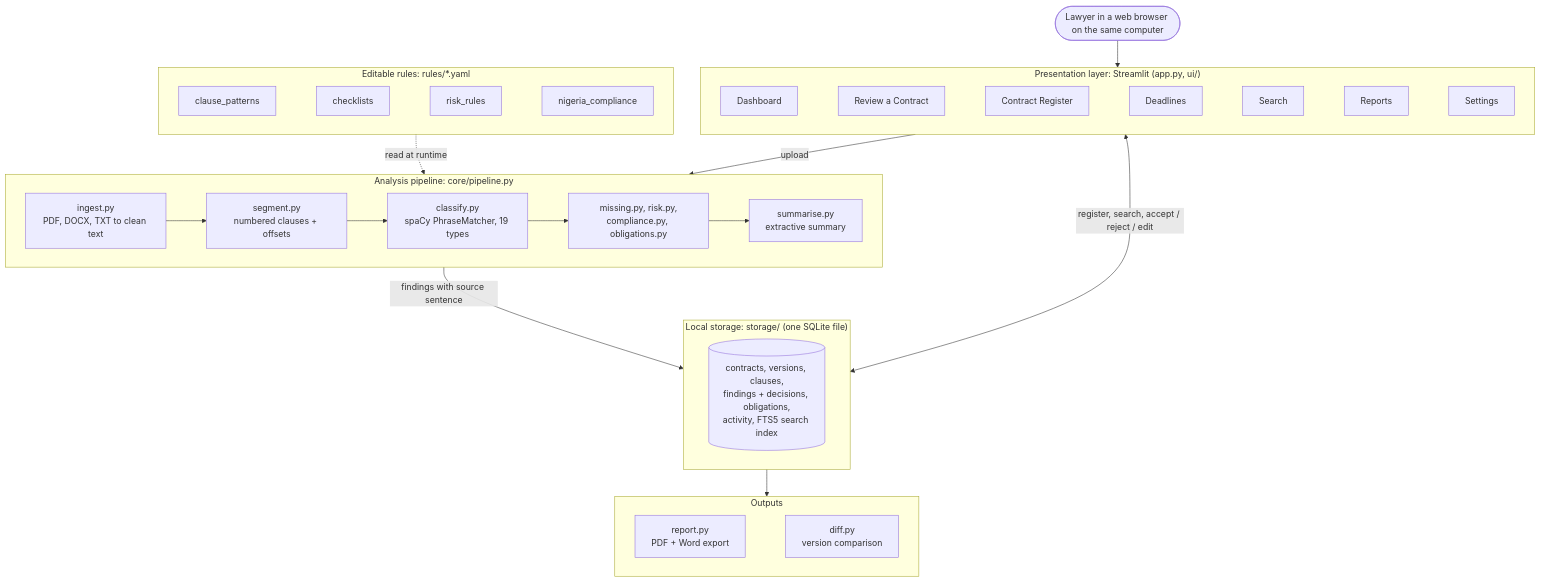
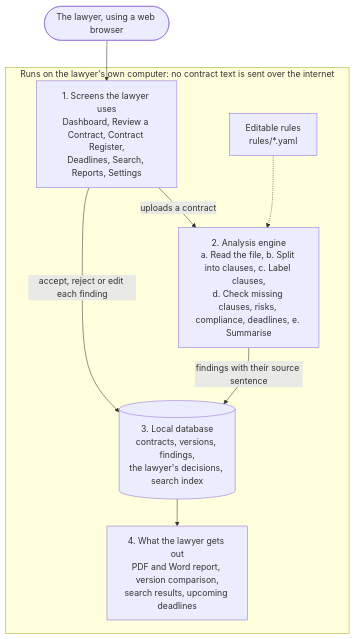
One commit to mtor24/contract-review-ng changed the diagram in report_handoff/handoff.md. Above: the diagram before and after it, drawn with Mermaid. The commit also changed other lines of this file and 3 other files, not shown here.

First line of the commit message:
Redraw architecture diagram for readability

````diff
--- a/report_handoff/handoff.md
+++ b/report_handoff/handoff.md
@@ -58,29 +58,17 @@
 ```mermaid
 flowchart TB
-    L([Lawyer in a web browser on the same computer])
-    subgraph UI["Presentation layer: Streamlit (app.py, ui/)"]
-        direction LR
-        D[Dashboard] ~~~ R[Review a Contract] ~~~ G[Contract Register] ~~~ DL[Deadlines] ~~~ S[Search] ~~~ RP[Reports] ~~~ ST[Settings]
+    L([The lawyer, using a web browser])
+    subgraph PC["Runs on the lawyer's own computer: no contract text is sent over the internet"]
+        S1["1. Screens the lawyer uses<br/>Dashboard, Review a Contract, Contract Register,<br/>Deadlines, Search, Reports, Settings"]
+        S2["2. Analysis engine<br/>a. Read the file, b. Split into clauses, c. Label clauses,<br/>d. Check missing clauses, risks, compliance, deadlines, e. Summarise"]
+        R["Editable rules<br/>rules/*.yaml"]
+        S3[("3. Local database<br/>contracts, versions, findings,<br/>the lawyer's decisions, search index")]
+        S4["4. What the lawyer gets out<br/>PDF and Word report, version comparison,<br/>search results, upcoming deadlines"]
     end
-    subgraph CORE["Analysis pipeline: core/pipeline.py"]
-        direction LR
-        I["ingest.py<br/>PDF, DOCX, TXT to clean text"] --> SG["segment.py<br/>numbered clauses + offsets"] --> C["classify.py<br/>spaCy PhraseMatcher, 19 types"] --> F["missing.py, risk.py,<br/>compliance.py, obligations.py"] --> SM["summarise.py<br/>extractive summary"]
-    end
-    subgraph RULES["Editable rules: rules/*.yaml"]
-        direction LR
-        Y1[clause_patterns] ~~~ Y2[checklists] ~~~ Y3[risk_rules] ~~~ Y4[nigeria_compliance]
-    end
-    subgraph STORE["Local storage: storage/ (one SQLite file)"]
-        DB[("contracts, versions, clauses,<br/>findings + decisions, obligations,<br/>activity, FTS5 search index")]
-    end
-    subgraph OUT["Outputs"]
-        direction LR
-        O1["report.py<br/>PDF + Word export"] ~~~ O2["diff.py<br/>version comparison"]
-    end
-    L --> UI
-    UI -- "upload" --> CORE
-    RULES -. "read at runtime" .-> CORE
-    CORE -- "findings with source sentence" --> STORE
-    UI <-- "register, search, accept / reject / edit" --> STORE
-    STORE --> OUT
+    L --> S1
+    S1 -- "uploads a contract" --> S2
+    R -.-> S2
+    S2 -- "findings with their source sentence" --> S3
+    S1 -- "accept, reject or edit each finding" --> S3
+    S3 --> S4
 ```
````
